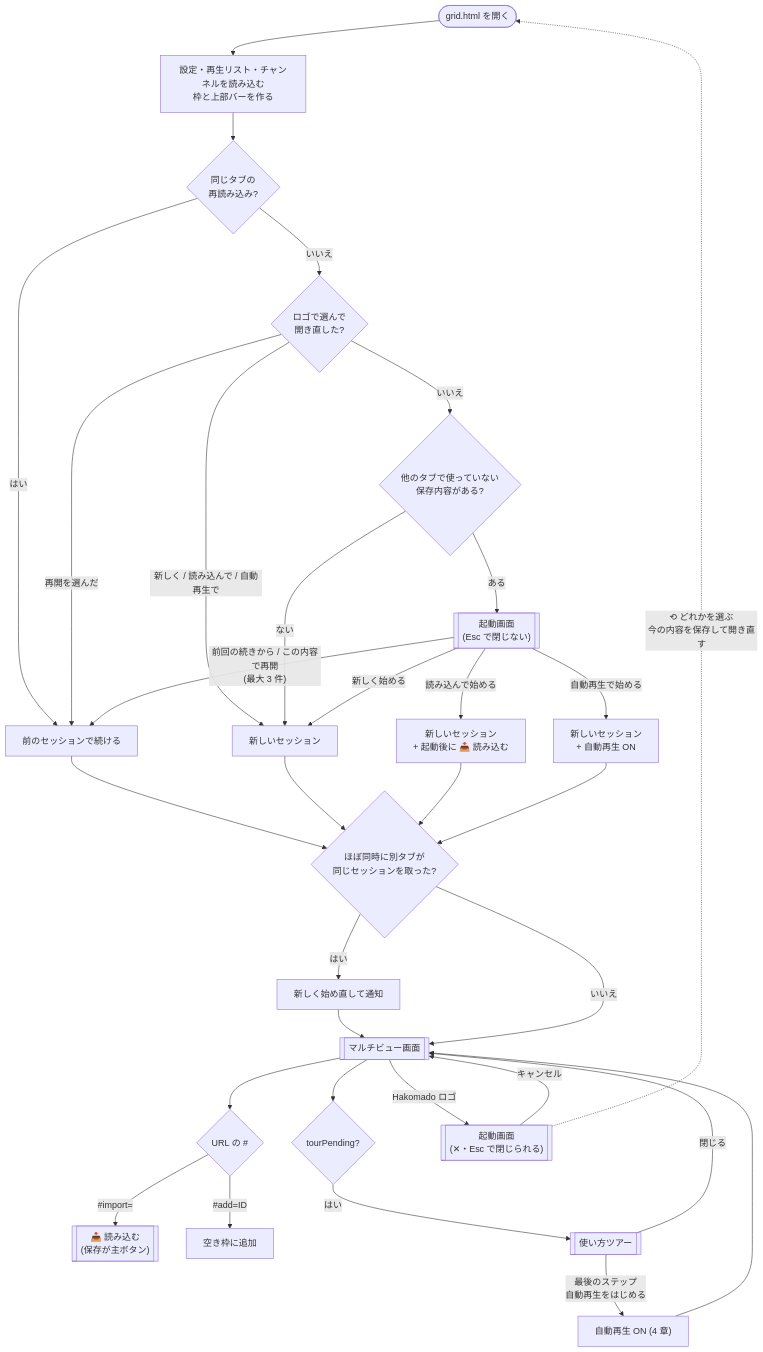
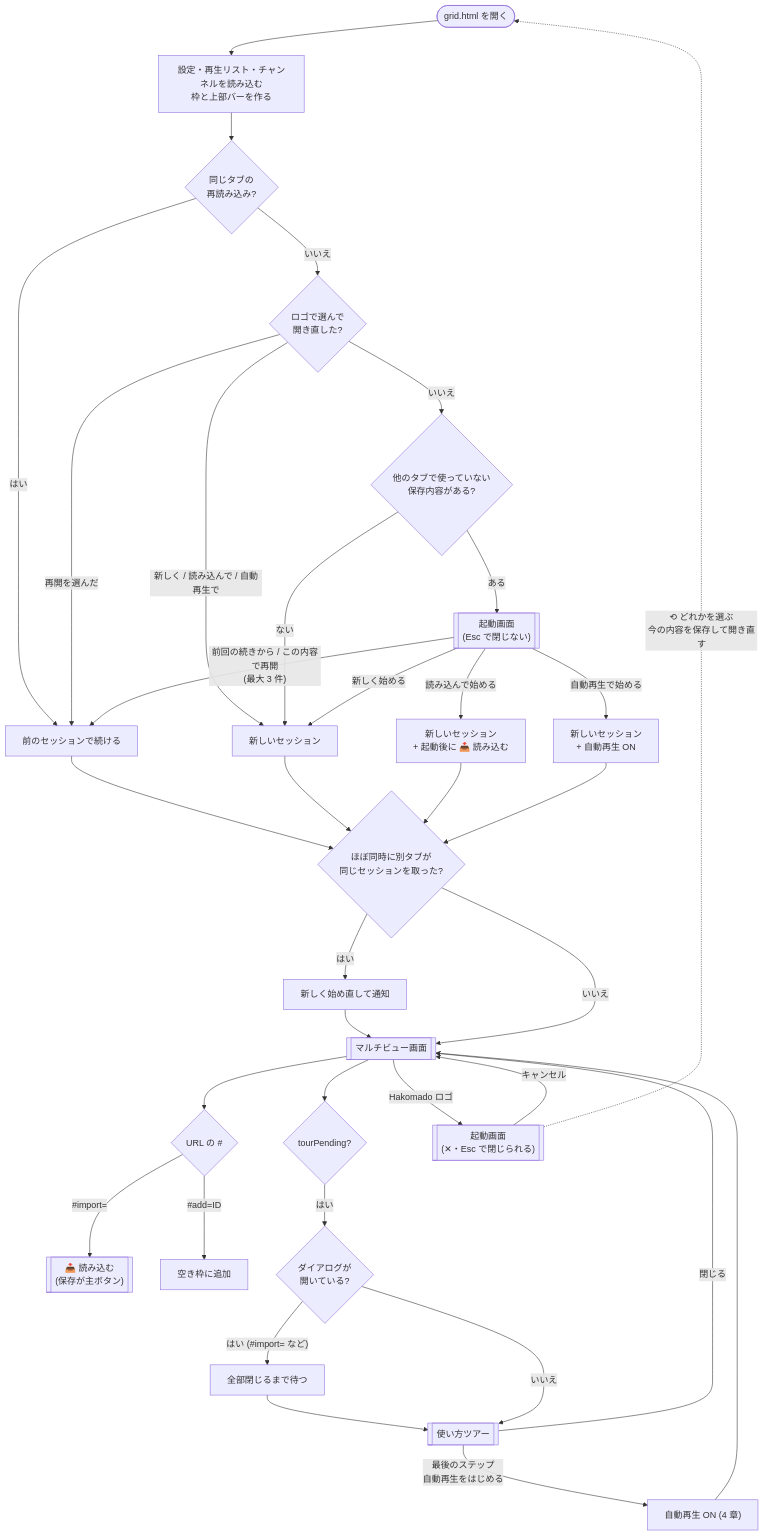
The second of 5 diagrams in docs/screen-flow.md (contee213/hakomado), drawn with Mermaid before and after one commit. The commit also changed other lines of this file and 4 other files, not shown here.

````diff
--- a/docs/screen-flow.md
+++ b/docs/screen-flow.md
@@ -40,29 +40,31 @@
 ```mermaid
 flowchart TD
   S(["grid.html を開く"]) --> M["設定・再生リスト・チャンネルを読み込む<br>枠と上部バーを作る"]
   M --> R1{"同じタブの<br>再読み込み?"}
   R1 -- "はい" --> RES["前のセッションで続ける"]
   R1 -- "いいえ" --> R2{"ロゴで選んで<br>開き直した?"}
   R2 -- "再開を選んだ" --> RES
   R2 -- "新しく / 読み込んで / 自動再生で" --> NEW["新しいセッション"]
   R2 -- "いいえ" --> R3{"他のタブで使っていない<br>保存内容がある?"}
   R3 -- "ない" --> NEW
   R3 -- "ある" --> SD[["起動画面<br>(Esc で閉じない)"]]
   SD -- "前回の続きから / この内容で再開<br>(最大 3 件)" --> RES
   SD -- "新しく始める" --> NEW
   SD -- "読み込んで始める" --> NEWR["新しいセッション<br>+ 起動後に 📥 読み込む"]
   SD -- "自動再生で始める" --> NEWA["新しいセッション<br>+ 自動再生 ON"]
   RES & NEW & NEWR & NEWA --> CL{"ほぼ同時に別タブが<br>同じセッションを取った?"}
   CL -- "はい" --> NEW2["新しく始め直して通知"] --> MAIN
   CL -- "いいえ" --> MAIN[["マルチビュー画面"]]
   MAIN --> H{"URL の #"}
   H -- "#import=" --> RD[["📥 読み込む<br>(保存が主ボタン)"]]
   H -- "#add=ID" --> ADD["空き枠に追加"]
   MAIN --> T{"tourPending?"}
-  T -- "はい" --> TOUR[["使い方ツアー"]]
+  T -- "はい" --> TW{"ダイアログが<br>開いている?"}
+  TW -- "はい (#import= など)" --> TW2["全部閉じるまで待つ"] --> TOUR
+  TW -- "いいえ" --> TOUR[["使い方ツアー"]]
   TOUR -- "閉じる" --> MAIN
   TOUR -- "最後のステップ<br>自動再生をはじめる" --> AON["自動再生 ON (4 章)"] --> MAIN
   MAIN -- "Hakomado ロゴ" --> LG[["起動画面<br>(✕・Esc で閉じられる)"]]
   LG -- "キャンセル" --> MAIN
   LG -. "⟲ どれかを選ぶ<br>今の内容を保存して開き直す" .-> S
 ```
````
